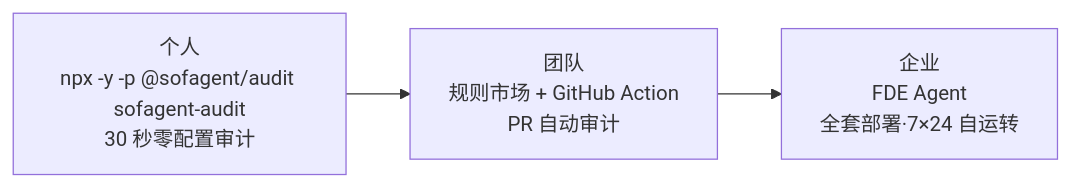
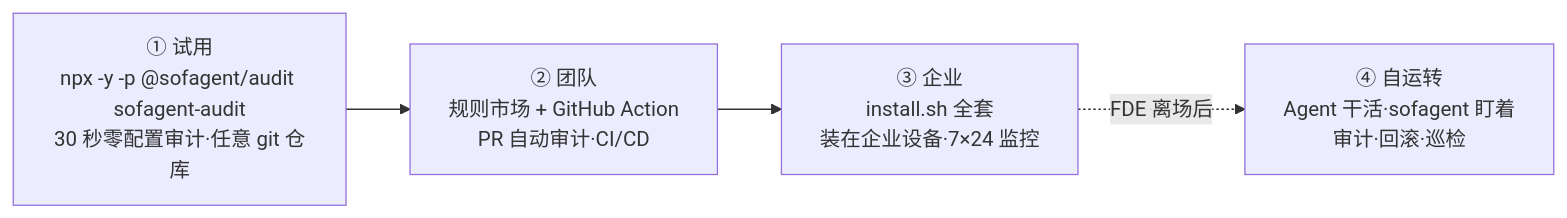
The second of 2 diagrams in README.md (KongFangXun/sofagent), drawn with Mermaid before and after one commit. The commit also changed other lines of this file and 2 other files, not shown here.

````diff
--- a/README.md
+++ b/README.md
@@ -126,5 +140,6 @@
 ```mermaid
 graph LR
-    A["个人<br/>npx -y -p @sofagent/audit sofagent-audit<br/>30 秒零配置审计"] --> B["团队<br/>规则市场 + GitHub Action<br/>PR 自动审计"]
-    B --> C["企业<br/>FDE Agent<br/>全套部署·7×24 自运转"]
+    A["① 试用<br/>npx -y -p @sofagent/audit sofagent-audit<br/>30 秒零配置审计·任意 git 仓库"] --> B["② 团队<br/>规则市场 + GitHub Action<br/>PR 自动审计·CI/CD"]
+    B --> C["③ 企业<br/>install.sh 全套<br/>装在企业设备·7×24 监控"]
+    C -.->|FDE 离场后| D["④ 自运转<br/>Agent 干活·sofagent 盯着<br/>审计·回滚·巡检"]
 ```
````
